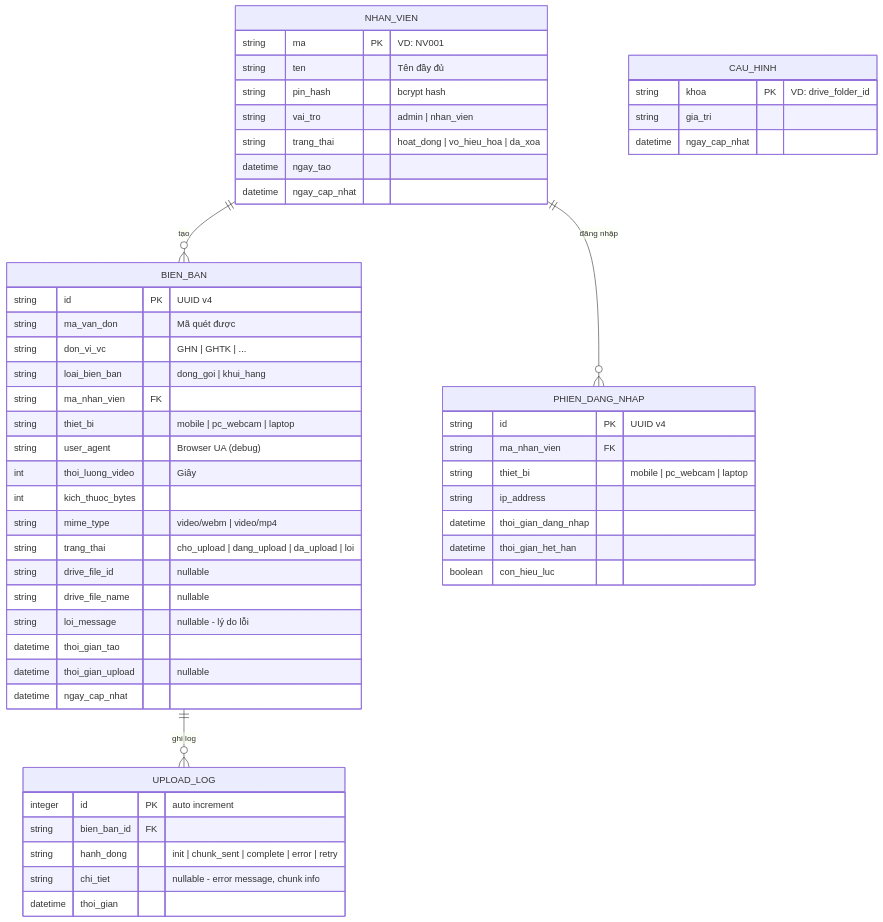
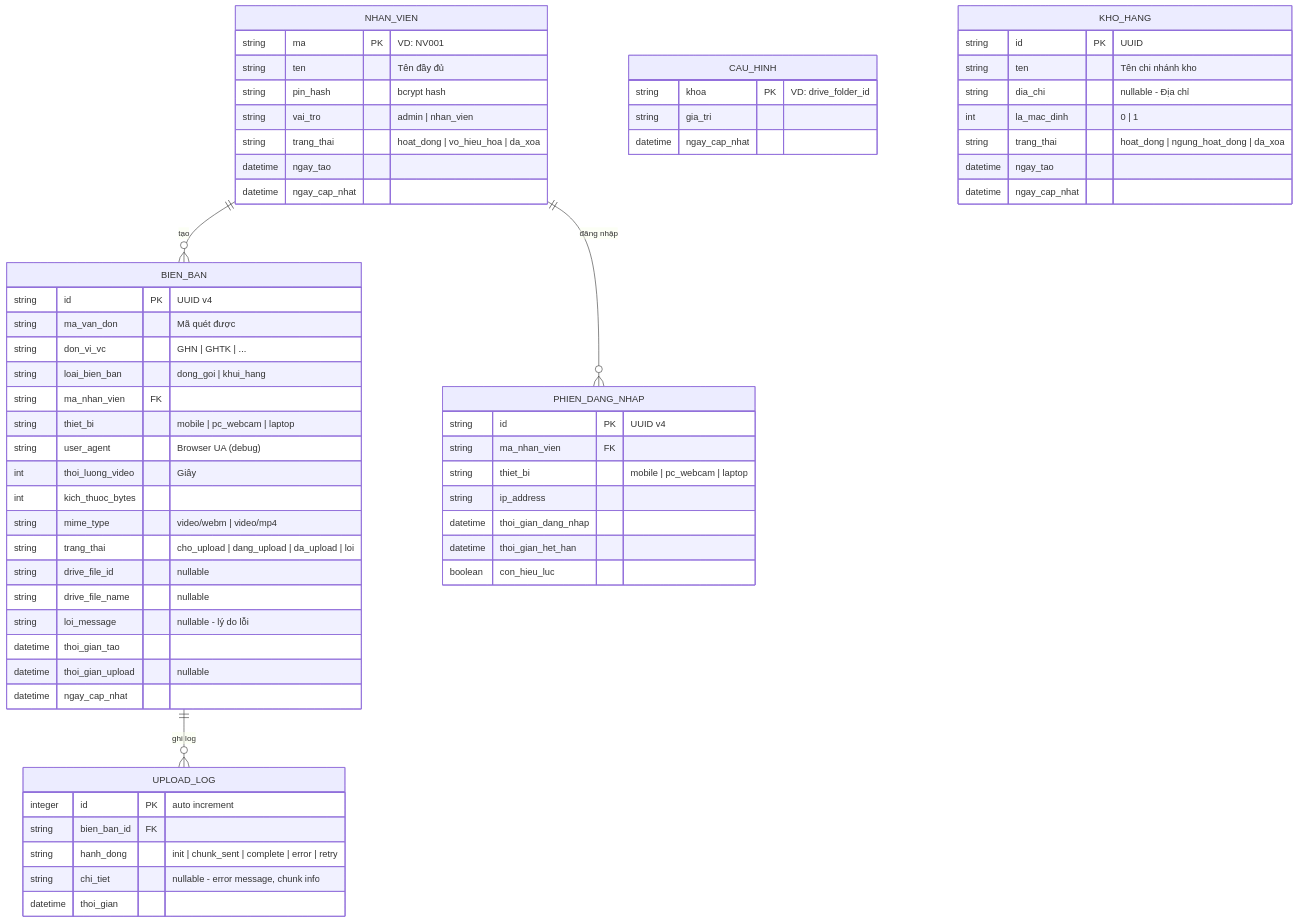
The diagram in docs/07-database-schema.md (websiteallship/quayvideodonghang), drawn with Mermaid before and after one commit. The commit also changed other lines of this file and 31 other files, not shown here.

Commit message:
feat: hoàn thiện quản lý nhân viên & kho hàng, nâng cấp UI History, HomePage và modal chi tiết video

````diff
--- a/docs/07-database-schema.md
+++ b/docs/07-database-schema.md
@@ -11,60 +11,70 @@
 ```mermaid
 erDiagram
     NHAN_VIEN ||--o{ BIEN_BAN : "tạo"
     NHAN_VIEN ||--o{ PHIEN_DANG_NHAP : "đăng nhập"
     BIEN_BAN ||--o{ UPLOAD_LOG : "ghi log"
 
     NHAN_VIEN {
         string ma PK "VD: NV001"
         string ten "Tên đầy đủ"
         string pin_hash "bcrypt hash"
         string vai_tro "admin | nhan_vien"
         string trang_thai "hoat_dong | vo_hieu_hoa | da_xoa"
         datetime ngay_tao
         datetime ngay_cap_nhat
     }
 
     BIEN_BAN {
         string id PK "UUID v4"
         string ma_van_don "Mã quét được"
         string don_vi_vc "GHN | GHTK | ..."
         string loai_bien_ban "dong_goi | khui_hang"
         string ma_nhan_vien FK
         string thiet_bi "mobile | pc_webcam | laptop"
         string user_agent "Browser UA (debug)"
         int thoi_luong_video "Giây"
         int kich_thuoc_bytes
         string mime_type "video/webm | video/mp4"
         string trang_thai "cho_upload | dang_upload | da_upload | loi"
         string drive_file_id "nullable"
         string drive_file_name "nullable"
         string loi_message "nullable - lý do lỗi"
         datetime thoi_gian_tao
         datetime thoi_gian_upload "nullable"
         datetime ngay_cap_nhat
     }
 
     PHIEN_DANG_NHAP {
         string id PK "UUID v4"
         string ma_nhan_vien FK
         string thiet_bi "mobile | pc_webcam | laptop"
         string ip_address
         datetime thoi_gian_dang_nhap
         datetime thoi_gian_het_han
         boolean con_hieu_luc
     }
 
     UPLOAD_LOG {
         integer id PK "auto increment"
         string bien_ban_id FK
         string hanh_dong "init | chunk_sent | complete | error | retry"
         string chi_tiet "nullable - error message, chunk info"
         datetime thoi_gian
     }
 
     CAU_HINH {
         string khoa PK "VD: drive_folder_id"
         string gia_tri
         datetime ngay_cap_nhat
     }
+
+    KHO_HANG {
+        string id PK "UUID"
+        string ten "Tên chi nhánh kho"
+        string dia_chi "nullable - Địa chỉ"
+        int la_mac_dinh "0 | 1"
+        string trang_thai "hoat_dong | ngung_hoat_dong | da_xoa"
+        datetime ngay_tao
+        datetime ngay_cap_nhat
+    }
 ```
````
